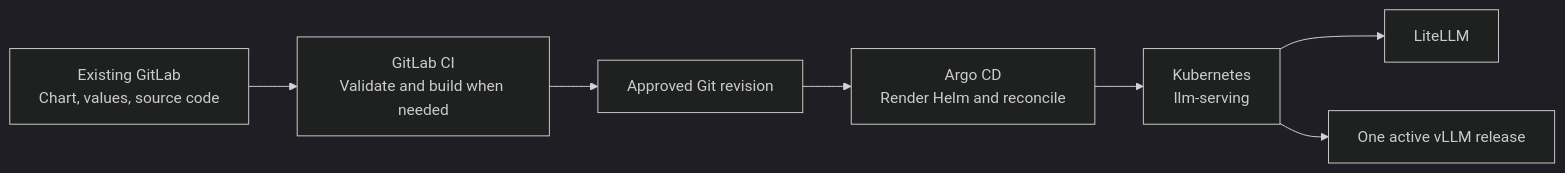
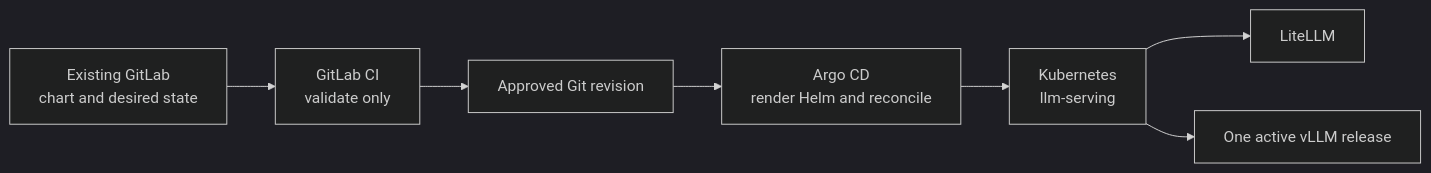
The second of 2 diagrams in docs/architecture.md (CopyPasteFail/llm-on-prem), drawn with Mermaid (dark theme) before and after one commit. The commit also changed other lines of this file, not shown here.

Commit message:
Align architecture with implemented pilot scope

````diff
--- a/docs/architecture.md
+++ b/docs/architecture.md
@@ -48,9 +52,9 @@
 ```mermaid
 flowchart LR
-    git["Existing GitLab\nChart, values, source code"] --> ci["GitLab CI\nValidate and build when needed"]
+    git["Existing GitLab\nchart and desired state"] --> ci["GitLab CI\nvalidate only"]
     ci --> merge["Approved Git revision"]
-    merge --> argo["Argo CD\nRender Helm and reconcile"]
+    merge --> argo["Argo CD\nrender Helm and reconcile"]
     argo --> k8s["Kubernetes\nllm-serving"]
     k8s --> litellm["LiteLLM"]
     k8s --> vllm["One active vLLM release"]
 ```
````
